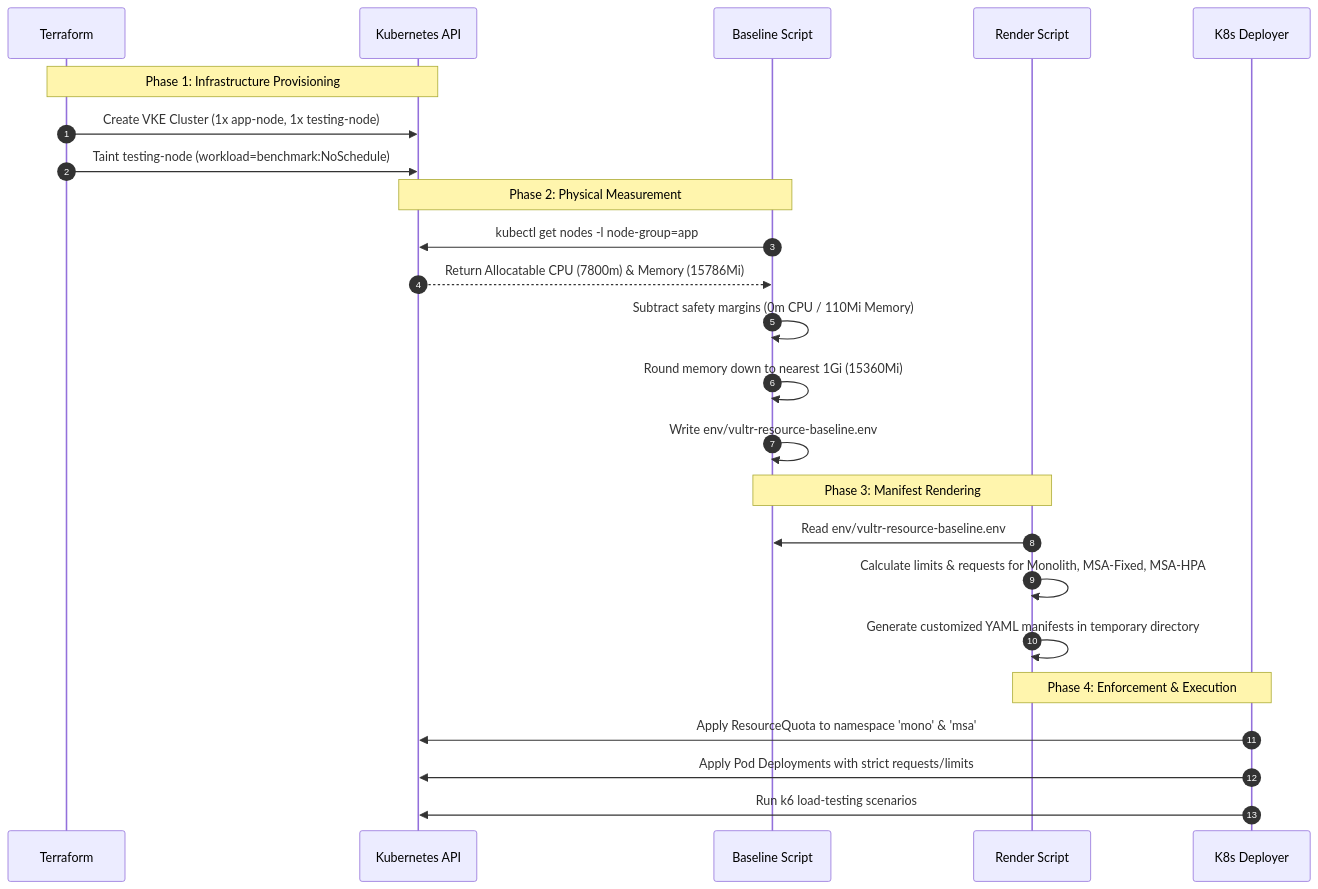
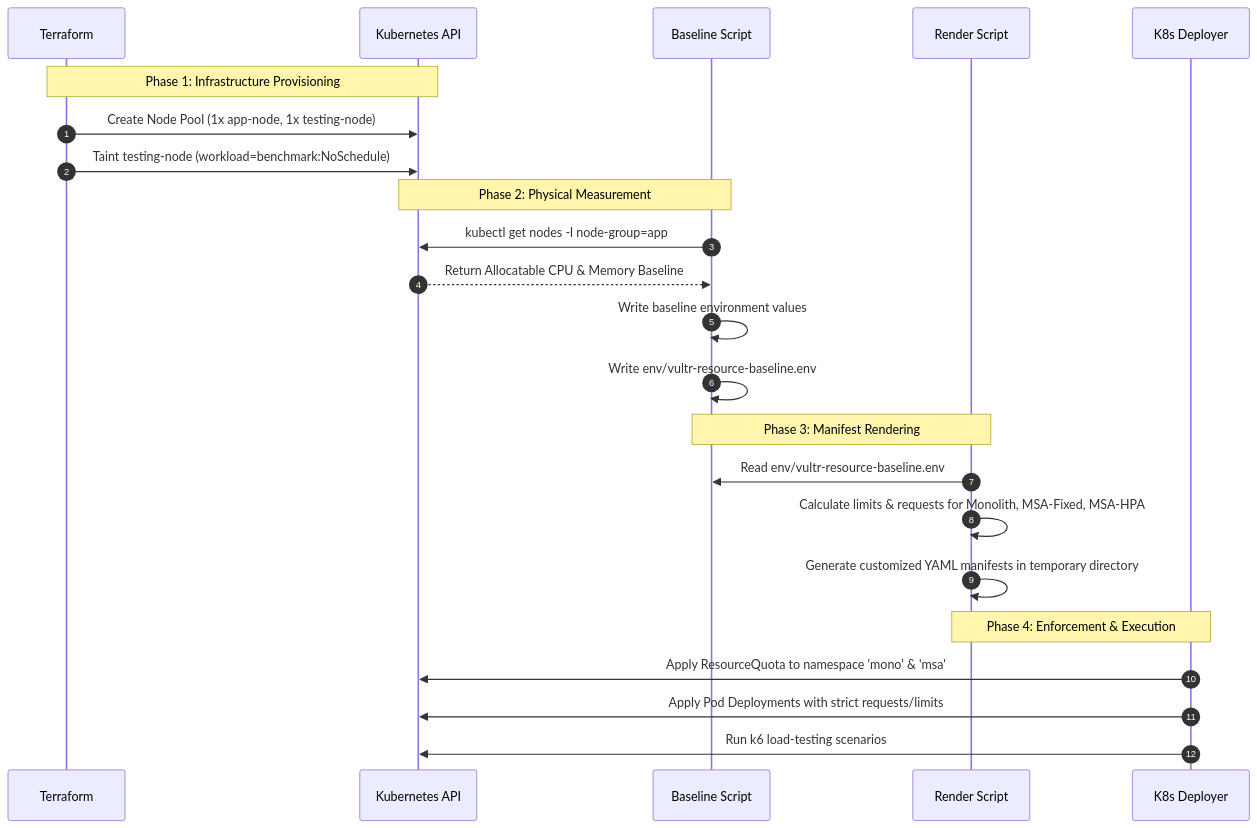
Before and after one commit to Ahmad-mufied/monolith-vs-microservice-thesis: the diagram in docs/experiment/resource-mapping-lifecycle.md, drawn with Mermaid. The commit also changed other lines of this file and 33 other files, not shown here.

````diff
--- a/docs/experiment/resource-mapping-lifecycle.md
+++ b/docs/experiment/resource-mapping-lifecycle.md
@@ -44,30 +44,29 @@
 ```mermaid
 sequenceDiagram
     autonumber
     participant TF as Terraform
     participant K8s as Kubernetes API
     participant BS as Baseline Script
     participant RS as Render Script
     participant QD as K8s Deployer
 
     Note over TF, K8s: Phase 1: Infrastructure Provisioning
-    TF->>K8s: Create VKE Cluster (1x app-node, 1x testing-node)
+    TF->>K8s: Create Node Pool (1x app-node, 1x testing-node)
     TF->>K8s: Taint testing-node (workload=benchmark:NoSchedule)
 
     Note over K8s, BS: Phase 2: Physical Measurement
     BS->>K8s: kubectl get nodes -l node-group=app
-    K8s-->>BS: Return Allocatable CPU (7800m) & Memory (15786Mi)
-    BS->>BS: Subtract safety margins (0m CPU / 110Mi Memory)
-    BS->>BS: Round memory down to nearest 1Gi (15360Mi)
+    K8s-->>BS: Return Allocatable CPU & Memory Baseline
+    BS->>BS: Write baseline environment values
     BS->>BS: Write env/vultr-resource-baseline.env
 
     Note over BS, RS: Phase 3: Manifest Rendering
     RS->>BS: Read env/vultr-resource-baseline.env
     RS->>RS: Calculate limits & requests for Monolith, MSA-Fixed, MSA-HPA
     RS->>RS: Generate customized YAML manifests in temporary directory
 
     Note over RS, QD: Phase 4: Enforcement & Execution
     QD->>K8s: Apply ResourceQuota to namespace 'mono' & 'msa'
     QD->>K8s: Apply Pod Deployments with strict requests/limits
     QD->>K8s: Run k6 load-testing scenarios
 ```
````
